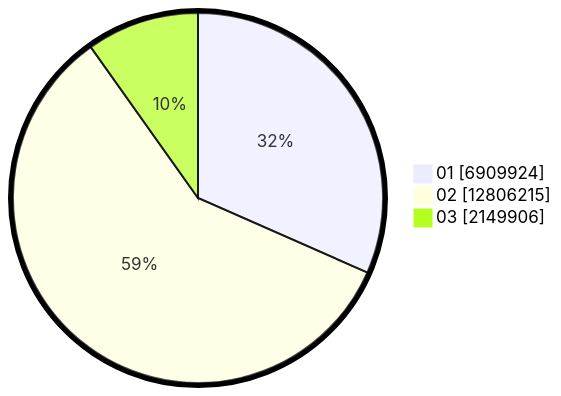
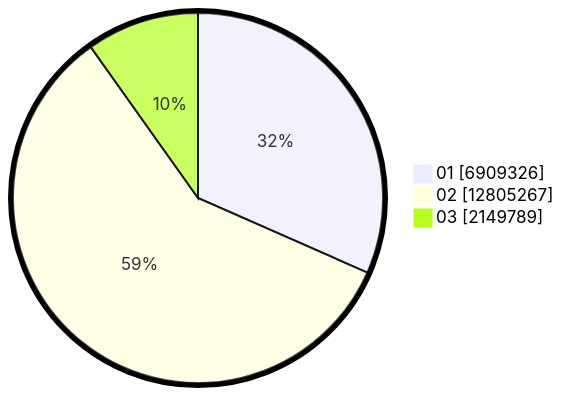
Before and after one commit to gigit-pemilu/pemilu-2024: the second of 2 diagrams in pilpres/hitung-suara/sub/table-wilayah-32.md, drawn with Mermaid. The commit also changed other lines of this file and 10 other files, not shown here.

````diff
--- a/pilpres/hitung-suara/sub/table-wilayah-32.md
+++ b/pilpres/hitung-suara/sub/table-wilayah-32.md
@@ -15,7 +15,7 @@
 ```mermaid
 %%{init: {"pie": {"textPosition": 0.5}, "themeVariables": {"pieOuterStrokeWidth": "5px"}} }%%
 pie showData
-    "01" : 6909924
-    "02" : 12806215
-    "03" : 2149906
+    "01" : 6909326
+    "02" : 12805267
+    "03" : 2149789
 ```
````
